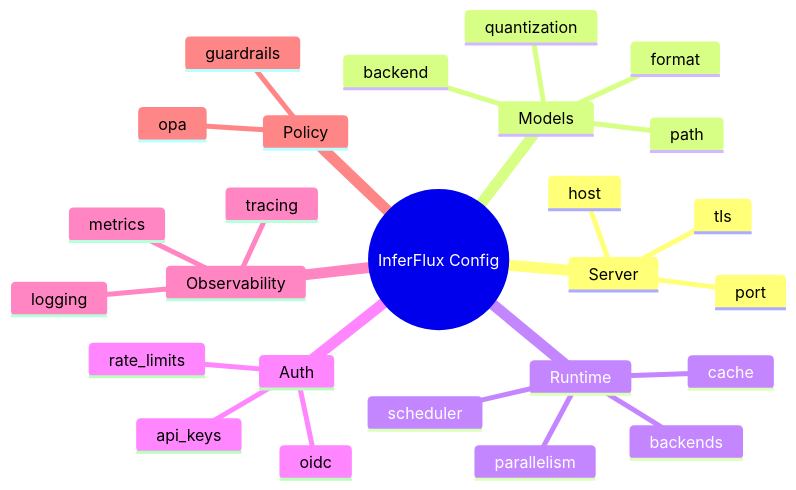
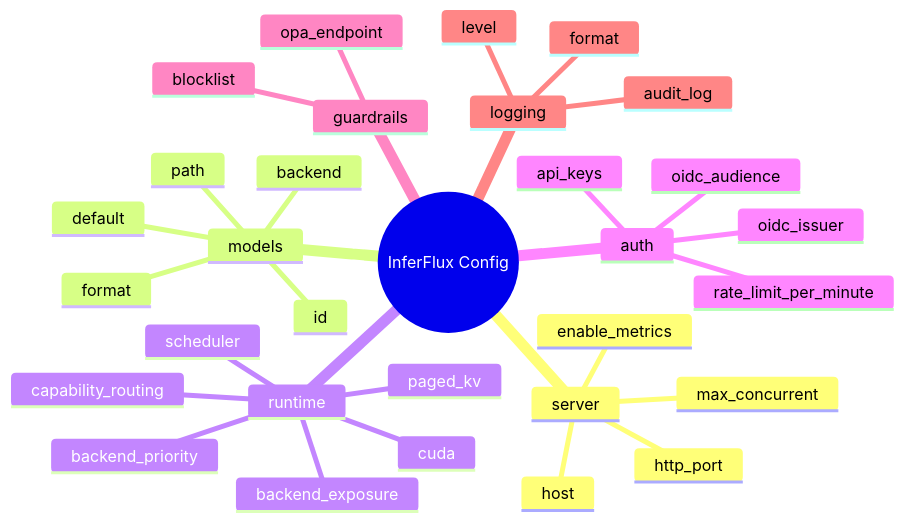
The first of 2 diagrams in docs/CONFIG_REFERENCE.md (vjsingh1984/inferflux), drawn with Mermaid before and after one commit. The commit also changed other lines of this file and 161 other files, not shown here.

````diff
--- a/docs/CONFIG_REFERENCE.md
+++ b/docs/CONFIG_REFERENCE.md
@@ -7,29 +7,34 @@
 ```mermaid
 mindmap
   root((InferFlux Config))
-    Server
+    server
       host
-      port
-      tls
-    Models
+      http_port
+      max_concurrent
+      enable_metrics
+    models
+      id
       path
       format
       backend
-      quantization
-    Runtime
-      backends
+      default
+    runtime
+      backend_priority
+      backend_exposure
+      capability_routing
       scheduler
-      cache
-      parallelism
-    Auth
+      paged_kv
+      cuda
+    auth
       api_keys
-      oidc
-      rate_limits
-    Observability
-      metrics
-      logging
-      tracing
-    Policy
-      guardrails
-      opa
+      rate_limit_per_minute
+      oidc_issuer
+      oidc_audience
+    guardrails
+      blocklist
+      opa_endpoint
+    logging
+      level
+      format
+      audit_log
 ```
````
